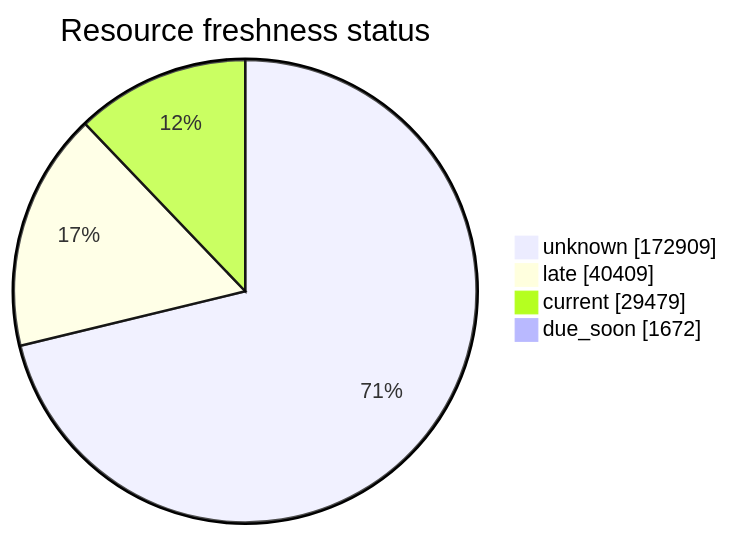
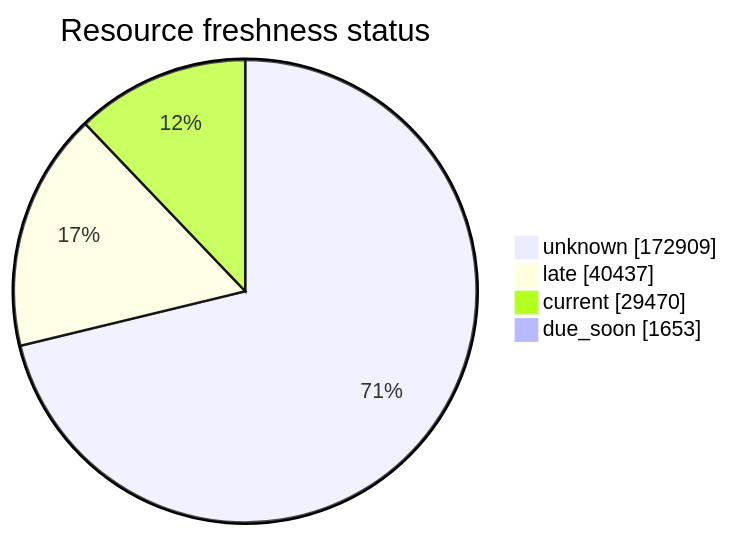
Before and after one commit to open-data/analytics-corporate-reporting: the third of 5 diagrams in FreshCheck/README.md, drawn with Mermaid. The commit also changed other lines of this file and 3 other files, not shown here.

````diff
--- a/FreshCheck/README.md
+++ b/FreshCheck/README.md
@@ -78,7 +78,7 @@
 ```mermaid
 pie showData title Resource freshness status
     "unknown": 172909
-    "late": 40409
-    "current": 29479
-    "due_soon": 1672
+    "late": 40437
+    "current": 29470
+    "due_soon": 1653
 ```
````
